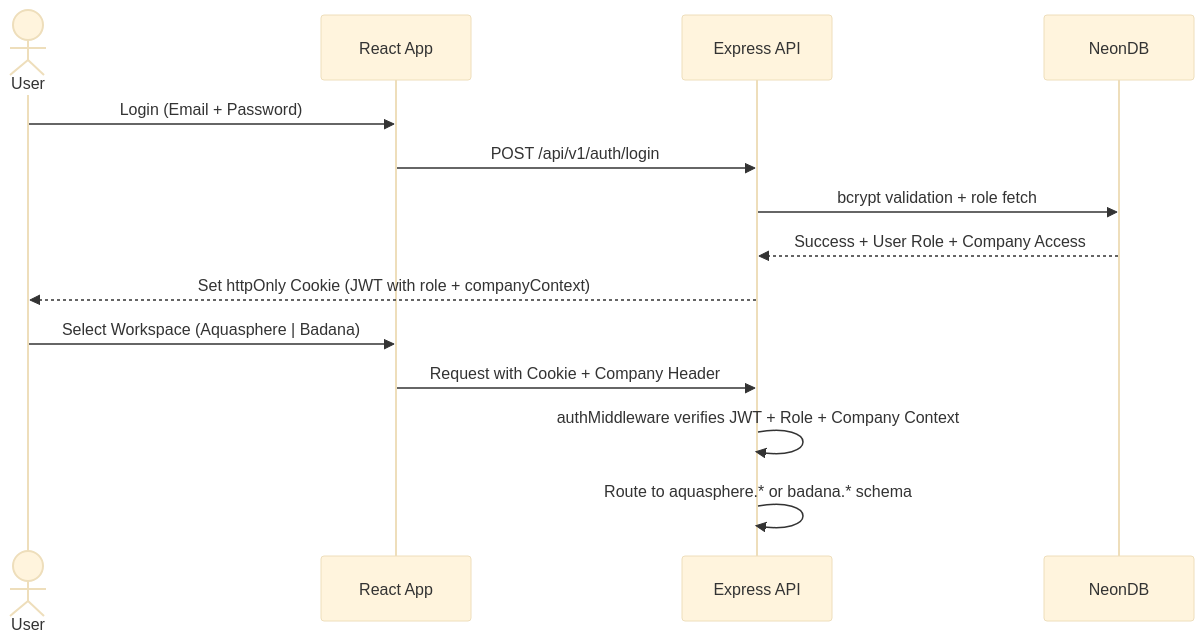
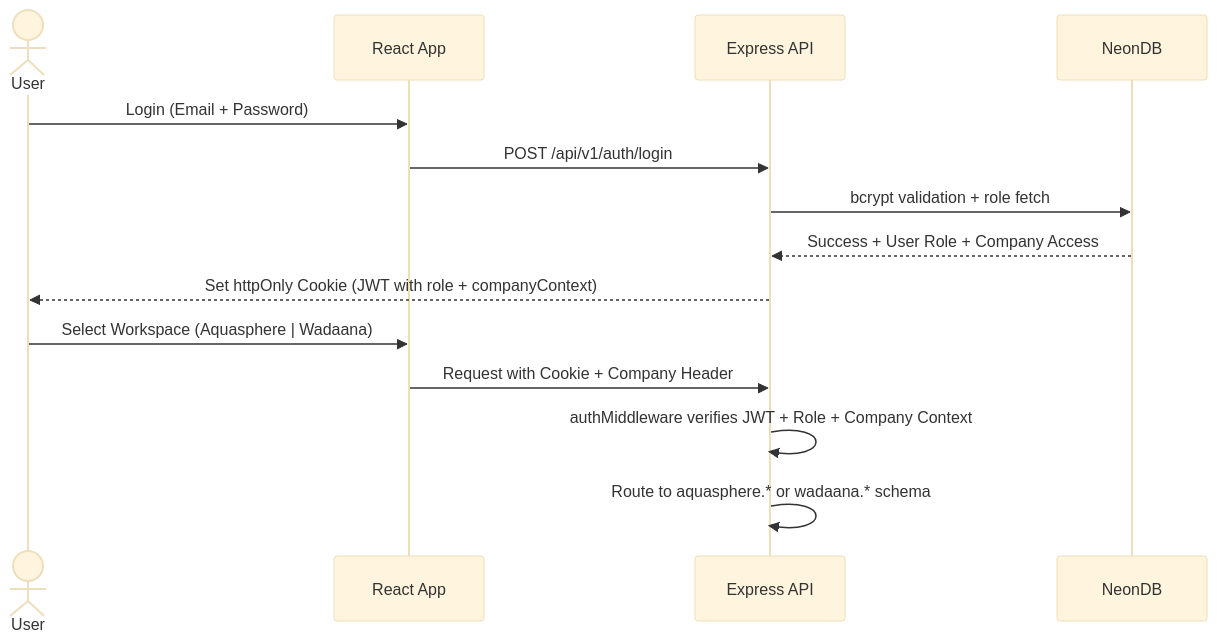
One commit to ehtisham-hashim/AquaSphere changed the fifth of 6 diagrams in context/architecture.md. Above: the diagram before and after it, drawn with Mermaid (base theme). The commit also changed other lines of this file and 15 other files, not shown here.

Commit message:
Refactor context and database models to replace 'Badana' with 'Wadaana'; update business rules and specifications for new division structure

````diff
--- a/context/architecture.md
+++ b/context/architecture.md
@@ -246,17 +246,17 @@
 ```mermaid
 sequenceDiagram
     actor User
     participant UI as React App
     participant API as Express API
     participant DB as NeonDB
 
     User->>UI: Login (Email + Password)
     UI->>API: POST /api/v1/auth/login
     API->>DB: bcrypt validation + role fetch
     DB-->>API: Success + User Role + Company Access
     API-->>User: Set httpOnly Cookie (JWT with role + companyContext)
-    User->>UI: Select Workspace (Aquasphere | Badana)
+    User->>UI: Select Workspace (Aquasphere | Wadaana)
     UI->>API: Request with Cookie + Company Header
     API->>API: authMiddleware verifies JWT + Role + Company Context
-    API->>API: Route to aquasphere.* or badana.* schema
+    API->>API: Route to aquasphere.* or wadaana.* schema
 ```
````
